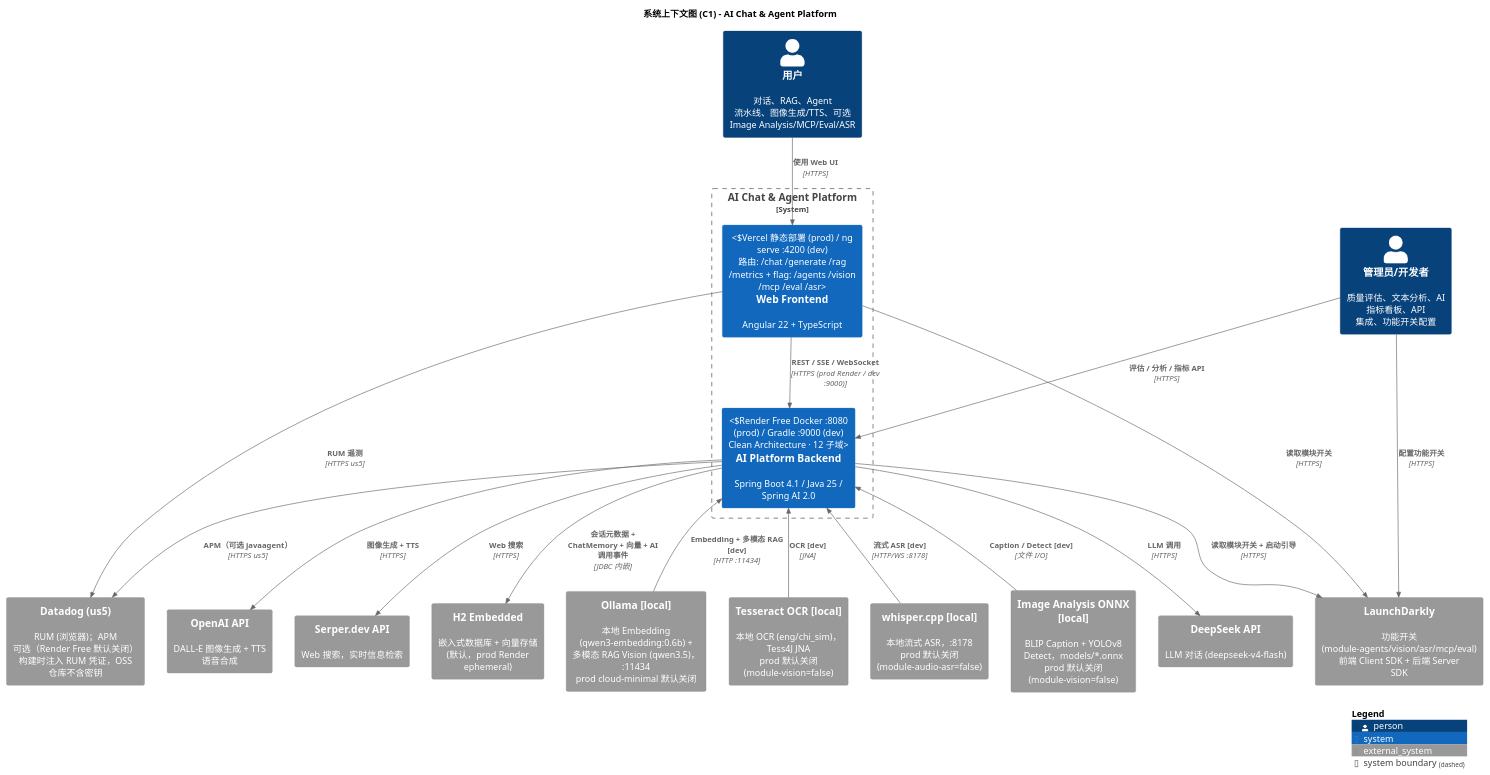
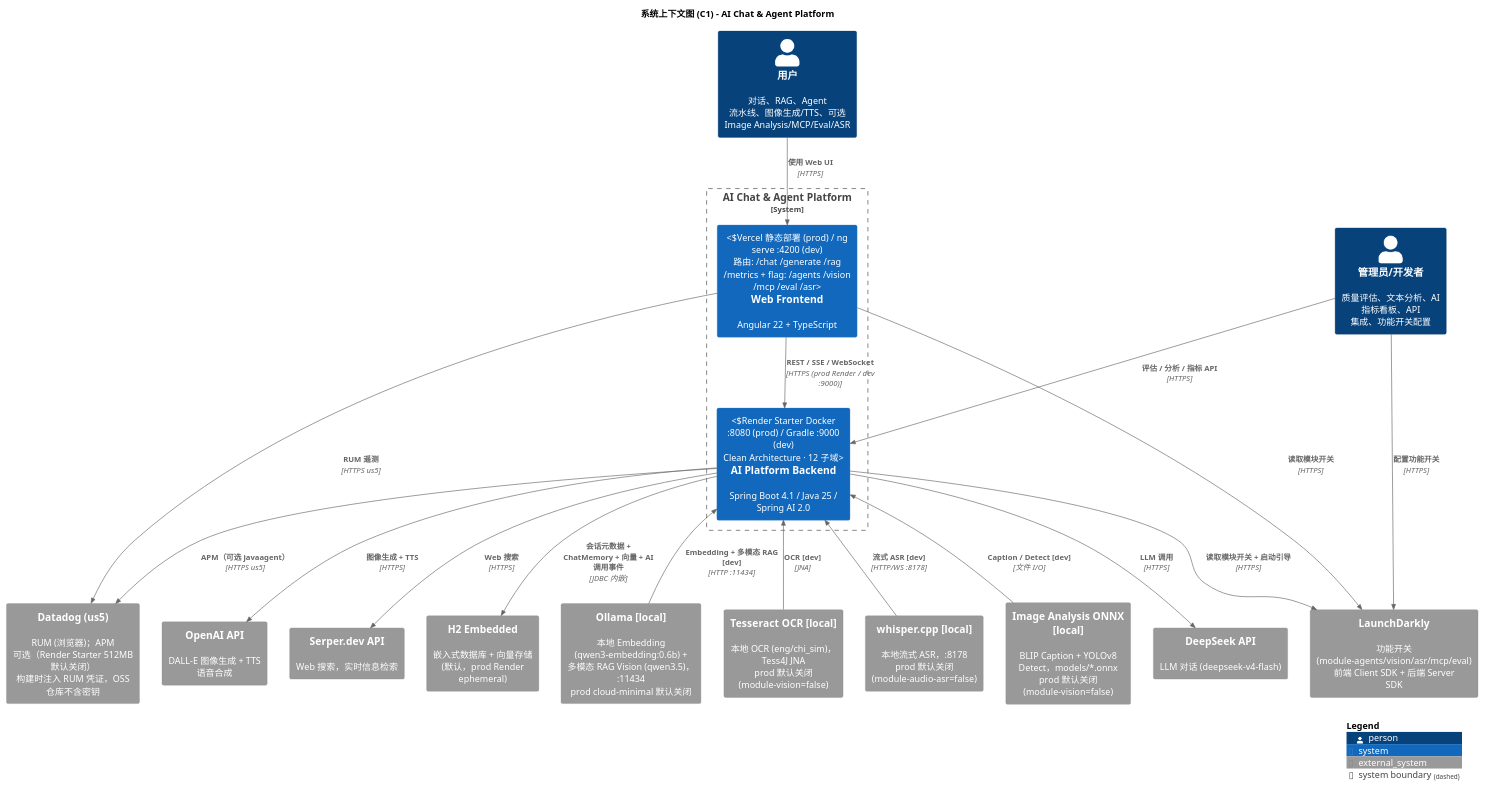
Before and after one commit to felixzhu97/explore-ai: the diagram in docs/developer/c4-model/C1-Context.puml, drawn with PlantUML. The commit also changed 6 other files, not shown here.

First line of the commit message:
chore: upgrade Render Blueprint to Starter (#358)

```diff
--- a/docs/developer/c4-model/C1-Context.puml
+++ b/docs/developer/c4-model/C1-Context.puml
@@ -1,68 +1,68 @@
 @startuml C1-Context
 !include https://raw.githubusercontent.com/plantuml-stdlib/C4-PlantUML/master/C4_Context.puml
 
 LAYOUT_WITH_LEGEND()
 
 title 系统上下文图 (C1) - AI Chat & Agent Platform
 
 ' ============================================================
 ' PEOPLE
 ' ============================================================
 Person(user, "用户", "对话、RAG、Agent 流水线、图像生成/TTS、可选 Image Analysis/MCP/Eval/ASR")
 Person(admin, "管理员/开发者", "质量评估、文本分析、AI 指标看板、API 集成、功能开关配置")
 
 ' ============================================================
 ' AI Chat & Agent Platform
 ' ============================================================
 System_Boundary(ai_platform, "AI Chat & Agent Platform") {
     System(frontend, "Web Frontend", "Angular 22 + TypeScript", "Vercel 静态部署 (prod) / ng serve :4200 (dev)\n路由: /chat /generate /rag /metrics + flag: /agents /vision /mcp /eval /asr")
-    System(backend, "AI Platform Backend", "Spring Boot 4.1 / Java 25 / Spring AI 2.0", "Render Free Docker :8080 (prod) / Gradle :9000 (dev)\nClean Architecture · 12 子域")
+    System(backend, "AI Platform Backend", "Spring Boot 4.1 / Java 25 / Spring AI 2.0", "Render Starter Docker :8080 (prod) / Gradle :9000 (dev)\nClean Architecture · 12 子域")
 }
 
 ' ============================================================
 ' PLATFORM SERVICES
 ' ============================================================
 System_Ext(launchdarkly, "LaunchDarkly", "功能开关 (module-agents/vision/asr/mcp/eval)\n前端 Client SDK + 后端 Server SDK")
-System_Ext(datadog, "Datadog (us5)", "RUM (浏览器)；APM 可选（Render Free 默认关闭）\n构建时注入 RUM 凭证，OSS 仓库不含密钥")
+System_Ext(datadog, "Datadog (us5)", "RUM (浏览器)；APM 可选（Render Starter 512MB 默认关闭）\n构建时注入 RUM 凭证，OSS 仓库不含密钥")
 
 ' ============================================================
 ' CLOUD AI SERVICES (prod + dev)
 ' ============================================================
 System_Ext(deepseek_api, "DeepSeek API", "LLM 对话 (deepseek-v4-flash)")
 System_Ext(openai_api, "OpenAI API", "DALL-E 图像生成 + TTS 语音合成")
 System_Ext(serper_api, "Serper.dev API", "Web 搜索，实时信息检索")
 
 ' ============================================================
 ' DATA & LOCAL-ONLY SERVICES (dev / optional)
 ' ============================================================
 System_Ext(h2_db, "H2 Embedded", "嵌入式数据库 + 向量存储 (默认，prod Render ephemeral)")
 System_Ext(ollama, "Ollama [local]", "本地 Embedding (qwen3-embedding:0.6b) + 多模态 RAG Vision (qwen3.5)，:11434\nprod cloud-minimal 默认关闭")
 System_Ext(tesseract, "Tesseract OCR [local]", "本地 OCR (eng/chi_sim)，Tess4J JNA\nprod 默认关闭 (module-vision=false)")
 System_Ext(whisper_cpp, "whisper.cpp [local]", "本地流式 ASR，:8178\nprod 默认关闭 (module-audio-asr=false)")
 System_Ext(onnx_vision, "Image Analysis ONNX [local]", "BLIP Caption + YOLOv8 Detect，models/*.onnx\nprod 默认关闭 (module-vision=false)")
 
 ' ============================================================
 ' RELATIONSHIPS
 ' ============================================================
 Rel(user, frontend, "使用 Web UI", "HTTPS")
 Rel(admin, launchdarkly, "配置功能开关", "HTTPS")
 Rel(admin, backend, "评估 / 分析 / 指标 API", "HTTPS")
 Rel(frontend, backend, "REST / SSE / WebSocket", "HTTPS (prod Render / dev :9000)")
 
 Rel(frontend, launchdarkly, "读取模块开关", "HTTPS")
 Rel(frontend, datadog, "RUM 遥测", "HTTPS us5")
 Rel(backend, launchdarkly, "读取模块开关 + 启动引导", "HTTPS")
 Rel(backend, datadog, "APM（可选 javaagent）", "HTTPS us5")
 
 Rel(backend, deepseek_api, "LLM 调用", "HTTPS")
 Rel(backend, openai_api, "图像生成 + TTS", "HTTPS")
 Rel(backend, serper_api, "Web 搜索", "HTTPS")
 Rel(backend, h2_db, "会话元数据 + ChatMemory + 向量 + AI 调用事件", "JDBC 内嵌")
 
 Rel_Back(backend, ollama, "Embedding + 多模态 RAG [dev]", "HTTP :11434")
 Rel_Back(backend, tesseract, "OCR [dev]", "JNA")
 Rel_Back(backend, whisper_cpp, "流式 ASR [dev]", "HTTP/WS :8178")
 Rel_Back(backend, onnx_vision, "Caption / Detect [dev]", "文件 I/O")
 
 SHOW_LEGEND()
 @enduml
```
